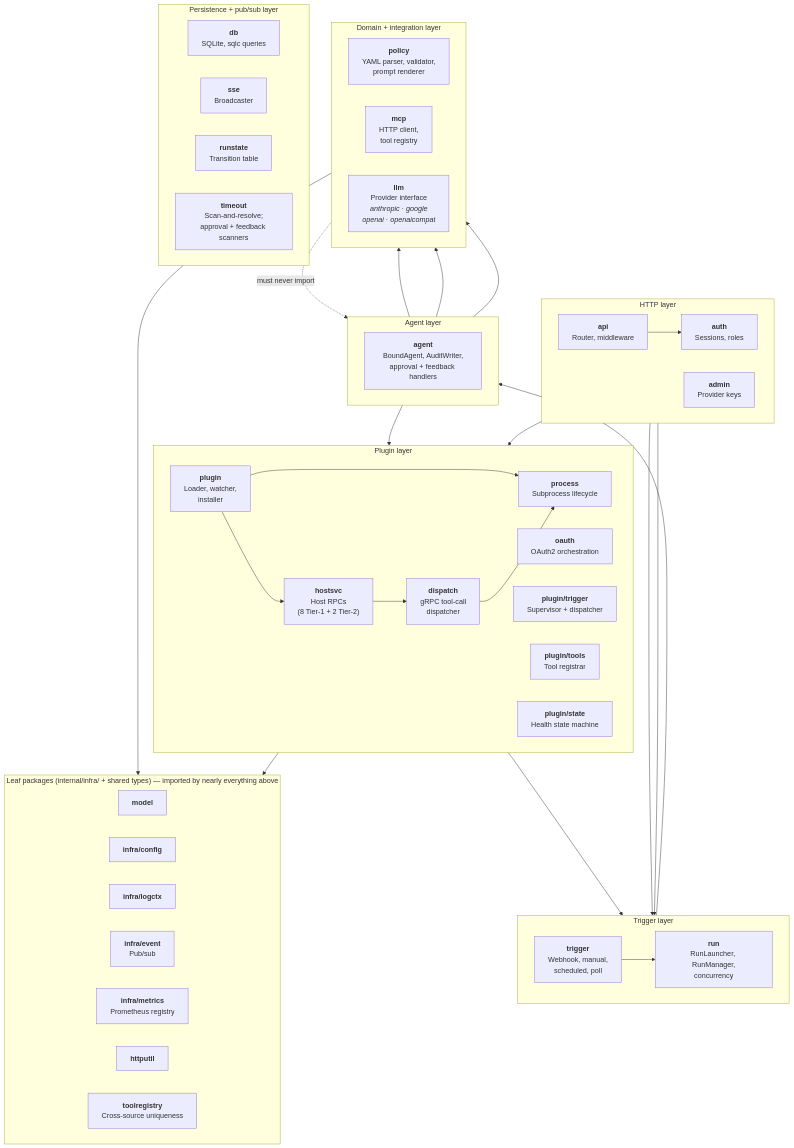
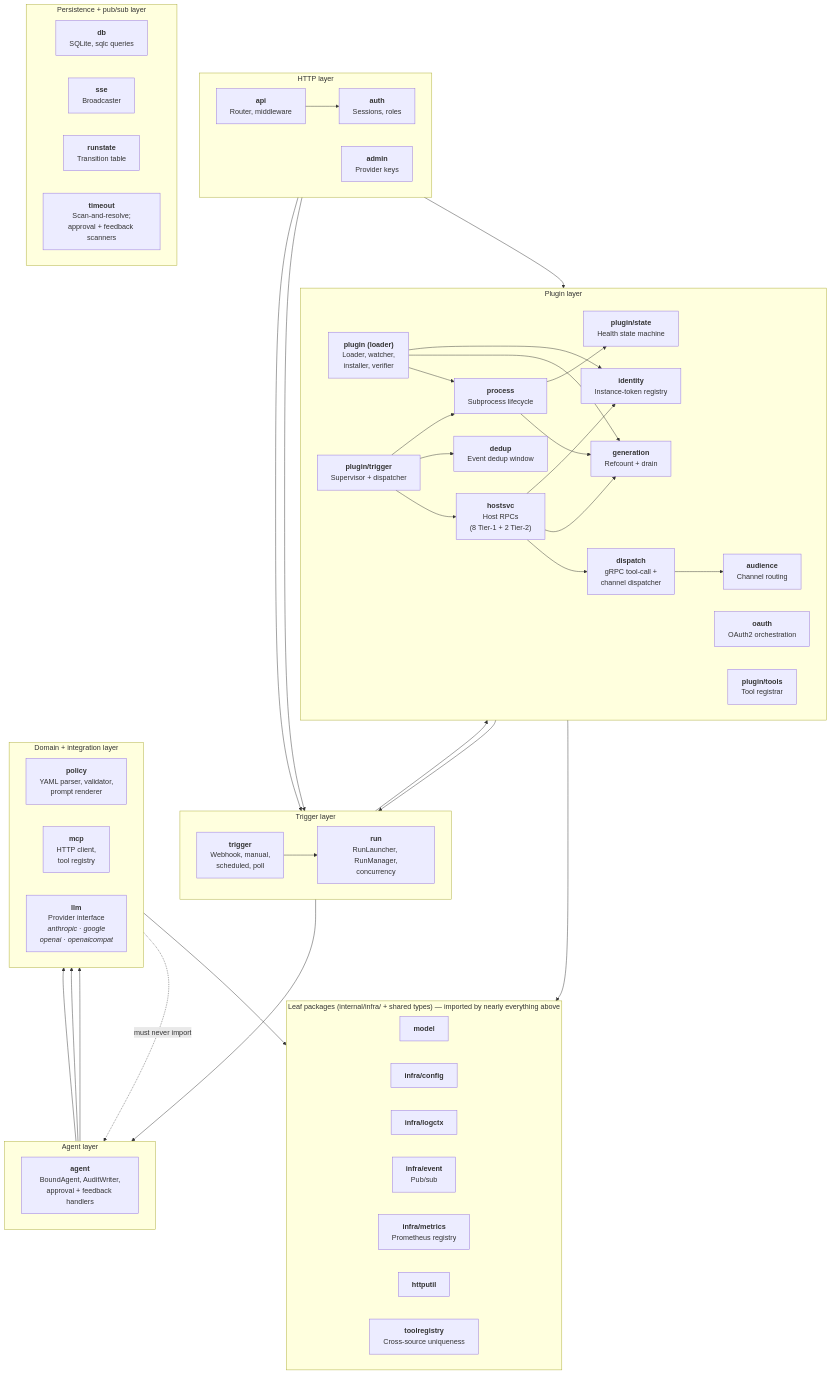
One commit to Felag-Engineering/gleipnir changed the diagram in docs/developer/diagrams/package-dependencies.md. Above: the diagram before and after it, drawn with Mermaid. The commit also changed 37 other files, not shown here.

````diff
--- a/docs/developer/diagrams/package-dependencies.md
+++ b/docs/developer/diagrams/package-dependencies.md
@@ -19,14 +19,18 @@
 
     subgraph plugins["Plugin layer"]
         direction LR
-        PLUGIN["<b>plugin</b><br/>Loader, watcher,<br/>installer"]
+        PLUGIN["<b>plugin (loader)</b><br/>Loader, watcher,<br/>installer, verifier"]
         HOSTSVC["<b>hostsvc</b><br/>Host RPCs<br/>(8 Tier-1 + 2 Tier-2)"]
-        DISPATCH["<b>dispatch</b><br/>gRPC tool-call<br/>dispatcher"]
+        DISPATCH["<b>dispatch</b><br/>gRPC tool-call +<br/>channel dispatcher"]
         PROCESS["<b>process</b><br/>Subprocess lifecycle"]
         OAUTH["<b>oauth</b><br/>OAuth2 orchestration"]
         PTRIGGER["<b>plugin/trigger</b><br/>Supervisor + dispatcher"]
         PTOOLS["<b>plugin/tools</b><br/>Tool registrar"]
         PSTATE["<b>plugin/state</b><br/>Health state machine"]
+        GENERATION["<b>generation</b><br/>Refcount + drain"]
+        IDENTITY["<b>identity</b><br/>Instance-token registry"]
+        AUDIENCE["<b>audience</b><br/>Channel routing"]
+        DEDUP["<b>dedup</b><br/>Event dedup window"]
     end
 
     subgraph orchestration["Agent layer"]
@@ -72,15 +76,26 @@
     AGENT --> LLM
     AGENT --> MCP
     AGENT --> POLICY
-    AGENT --> DISPATCH
 
     MCP -.->|"must never import"| AGENT
 
+    %% run owns the concrete plugin dispatcher and injects it into the agent
+    %% through agent.PluginToolDispatcher (an interface) — agent never imports dispatch.
+    RUN --> DISPATCH
+
     PLUGIN --> PROCESS
-    PLUGIN --> HOSTSVC
+    PLUGIN --> GENERATION
+    PLUGIN --> IDENTITY
+    PROCESS --> GENERATION
+    PROCESS --> PSTATE
     HOSTSVC --> DISPATCH
-    DISPATCH --> PROCESS
+    HOSTSVC --> GENERATION
+    HOSTSVC --> IDENTITY
+    DISPATCH --> AUDIENCE
+    PTRIGGER --> HOSTSVC
+    PTRIGGER --> DEDUP
+    PTRIGGER --> PROCESS
+    PTRIGGER --> RUN
     PTOOLS --> TOOLREG
     MCP --> TOOLREG
-    PTRIGGER --> RUN
 ```
````
